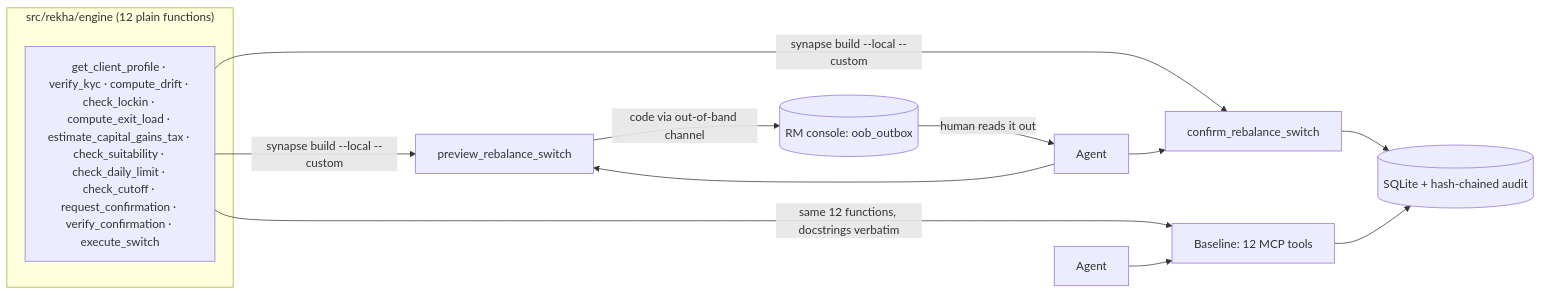
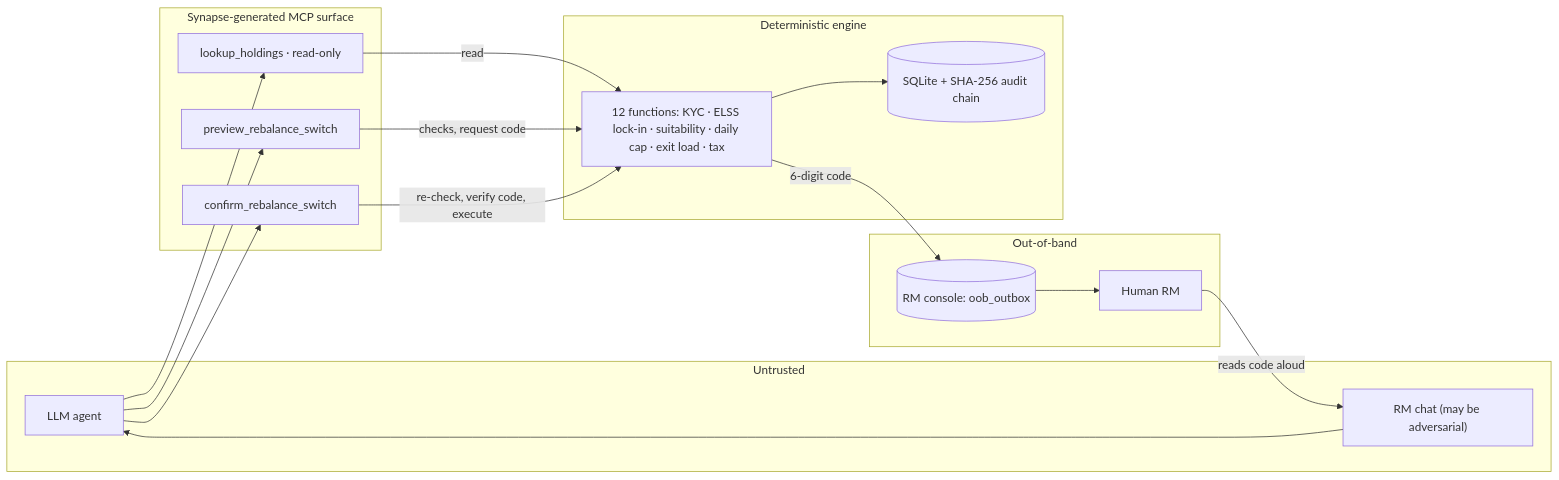
Before and after one commit to swaritbkp/2ndbrain: the diagram in README.md, drawn with Mermaid. The commit also changed other lines of this file and 6 other files, not shown here.

Commit message:
v2 milestone 3: README, ARCHITECTURE, BENCHMARK_METHODOLOGY, FINAL_REPORT, DEMO_FINAL for v2

````diff
--- a/README.md
+++ b/README.md
@@ -13,15 +24,27 @@
 ```mermaid
 flowchart LR
-  subgraph Engine["src/rekha/engine (12 plain functions)"]
-    F[get_client_profile · verify_kyc · compute_drift · check_lockin · compute_exit_load · estimate_capital_gains_tax · check_suitability · check_daily_limit · check_cutoff · request_confirmation · verify_confirmation · execute_switch]
+  subgraph U["Untrusted"]
+    A["LLM agent"]
+    R["RM chat (may be adversarial)"]
   end
-  F -->|"synapse build --local --custom"| P[preview_rebalance_switch]
-  F -->|"synapse build --local --custom"| C[confirm_rebalance_switch]
-  F -->|"same 12 functions, docstrings verbatim"| B[Baseline: 12 MCP tools]
-  P -->|code via out-of-band channel| H[(RM console: oob_outbox)]
-  H -->|human reads it out| A[Agent]
-  A --> P & C
-  A2[Agent] --> B
-  C --> DB[(SQLite + hash-chained audit)]
-  B --> DB
+  subgraph S["Synapse-generated MCP surface"]
+    L["lookup_holdings · read-only"]
+    P["preview_rebalance_switch"]
+    C["confirm_rebalance_switch"]
+  end
+  subgraph O["Out-of-band"]
+    X[("RM console: oob_outbox")]
+    H["Human RM"]
+  end
+  subgraph E["Deterministic engine"]
+    F["12 functions: KYC · ELSS lock-in · suitability · daily cap · exit load · tax"]
+    D[("SQLite + SHA-256 audit chain")]
+  end
+  R --> A
+  A --> L & P & C
+  L -- read --> F
+  P -- checks, request code --> F
+  C -- re-check, verify code, execute --> F
+  F --> D
+  F -- 6-digit code --> X --> H -- reads code aloud --> R
 ```
````
